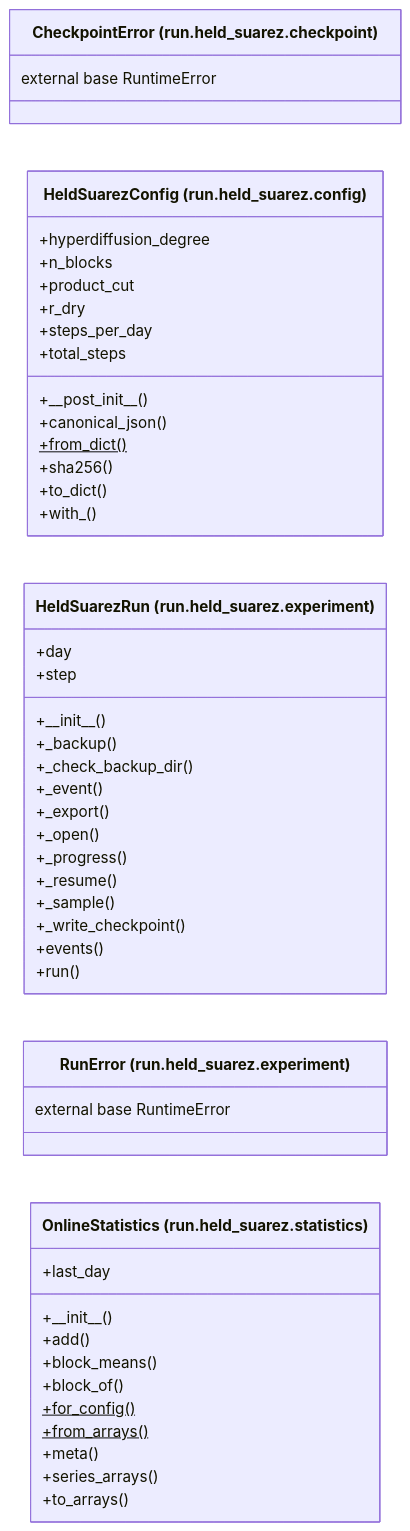
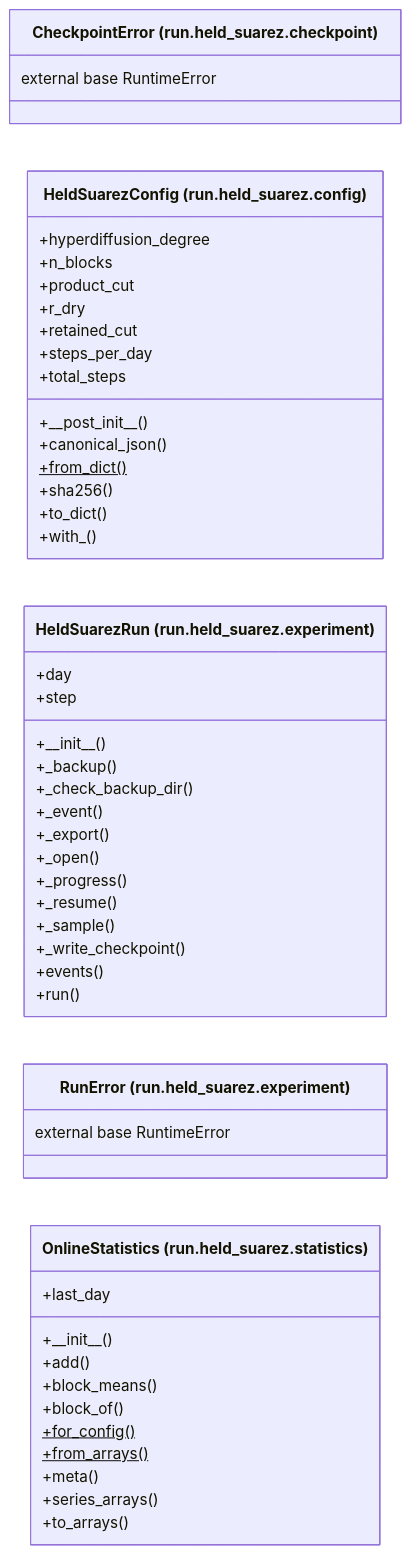
One commit to AlexandreEros/Palintropos changed the diagram in docs/architecture/current/classes/tropoi.run.held_suarez.mmd. Above: the diagram before and after it, drawn with Mermaid. The commit also changed 22 other files, not shown here.

```diff
--- a/docs/architecture/current/classes/tropoi.run.held_suarez.mmd
+++ b/docs/architecture/current/classes/tropoi.run.held_suarez.mmd
@@ -1,47 +1,48 @@
 %% Generated by tools.architecture 1.0.0. Do not edit by hand.
 %% All classes defined in package tropoi.run.held_suarez.
 classDiagram
     direction LR
     class c_tropoi_orun_oheld__suarez_ocheckpoint_oCheckpointError["CheckpointError (run.held_suarez.checkpoint)"]
     c_tropoi_orun_oheld__suarez_ocheckpoint_oCheckpointError : external base RuntimeError
     class c_tropoi_orun_oheld__suarez_oconfig_oHeldSuarezConfig["HeldSuarezConfig (run.held_suarez.config)"]
     c_tropoi_orun_oheld__suarez_oconfig_oHeldSuarezConfig : +#95;#95;post#95;init#95;#95;()
     c_tropoi_orun_oheld__suarez_oconfig_oHeldSuarezConfig : +canonical#95;json()
     c_tropoi_orun_oheld__suarez_oconfig_oHeldSuarezConfig : +from#95;dict()$
     c_tropoi_orun_oheld__suarez_oconfig_oHeldSuarezConfig : +hyperdiffusion#95;degree
     c_tropoi_orun_oheld__suarez_oconfig_oHeldSuarezConfig : +n#95;blocks
     c_tropoi_orun_oheld__suarez_oconfig_oHeldSuarezConfig : +product#95;cut
     c_tropoi_orun_oheld__suarez_oconfig_oHeldSuarezConfig : +r#95;dry
+    c_tropoi_orun_oheld__suarez_oconfig_oHeldSuarezConfig : +retained#95;cut
     c_tropoi_orun_oheld__suarez_oconfig_oHeldSuarezConfig : +sha256()
     c_tropoi_orun_oheld__suarez_oconfig_oHeldSuarezConfig : +steps#95;per#95;day
     c_tropoi_orun_oheld__suarez_oconfig_oHeldSuarezConfig : +to#95;dict()
     c_tropoi_orun_oheld__suarez_oconfig_oHeldSuarezConfig : +total#95;steps
     c_tropoi_orun_oheld__suarez_oconfig_oHeldSuarezConfig : +with#95;()
     class c_tropoi_orun_oheld__suarez_oexperiment_oHeldSuarezRun["HeldSuarezRun (run.held_suarez.experiment)"]
     c_tropoi_orun_oheld__suarez_oexperiment_oHeldSuarezRun : +#95;#95;init#95;#95;()
     c_tropoi_orun_oheld__suarez_oexperiment_oHeldSuarezRun : +#95;backup()
     c_tropoi_orun_oheld__suarez_oexperiment_oHeldSuarezRun : +#95;check#95;backup#95;dir()
     c_tropoi_orun_oheld__suarez_oexperiment_oHeldSuarezRun : +#95;event()
     c_tropoi_orun_oheld__suarez_oexperiment_oHeldSuarezRun : +#95;export()
     c_tropoi_orun_oheld__suarez_oexperiment_oHeldSuarezRun : +#95;open()
     c_tropoi_orun_oheld__suarez_oexperiment_oHeldSuarezRun : +#95;progress()
     c_tropoi_orun_oheld__suarez_oexperiment_oHeldSuarezRun : +#95;resume()
     c_tropoi_orun_oheld__suarez_oexperiment_oHeldSuarezRun : +#95;sample()
     c_tropoi_orun_oheld__suarez_oexperiment_oHeldSuarezRun : +#95;write#95;checkpoint()
     c_tropoi_orun_oheld__suarez_oexperiment_oHeldSuarezRun : +day
     c_tropoi_orun_oheld__suarez_oexperiment_oHeldSuarezRun : +events()
     c_tropoi_orun_oheld__suarez_oexperiment_oHeldSuarezRun : +run()
     c_tropoi_orun_oheld__suarez_oexperiment_oHeldSuarezRun : +step
     class c_tropoi_orun_oheld__suarez_oexperiment_oRunError["RunError (run.held_suarez.experiment)"]
     c_tropoi_orun_oheld__suarez_oexperiment_oRunError : external base RuntimeError
     class c_tropoi_orun_oheld__suarez_ostatistics_oOnlineStatistics["OnlineStatistics (run.held_suarez.statistics)"]
     c_tropoi_orun_oheld__suarez_ostatistics_oOnlineStatistics : +#95;#95;init#95;#95;()
     c_tropoi_orun_oheld__suarez_ostatistics_oOnlineStatistics : +add()
     c_tropoi_orun_oheld__suarez_ostatistics_oOnlineStatistics : +block#95;means()
     c_tropoi_orun_oheld__suarez_ostatistics_oOnlineStatistics : +block#95;of()
     c_tropoi_orun_oheld__suarez_ostatistics_oOnlineStatistics : +for#95;config()$
     c_tropoi_orun_oheld__suarez_ostatistics_oOnlineStatistics : +from#95;arrays()$
     c_tropoi_orun_oheld__suarez_ostatistics_oOnlineStatistics : +last#95;day
     c_tropoi_orun_oheld__suarez_ostatistics_oOnlineStatistics : +meta()
     c_tropoi_orun_oheld__suarez_ostatistics_oOnlineStatistics : +series#95;arrays()
     c_tropoi_orun_oheld__suarez_ostatistics_oOnlineStatistics : +to#95;arrays()
```
